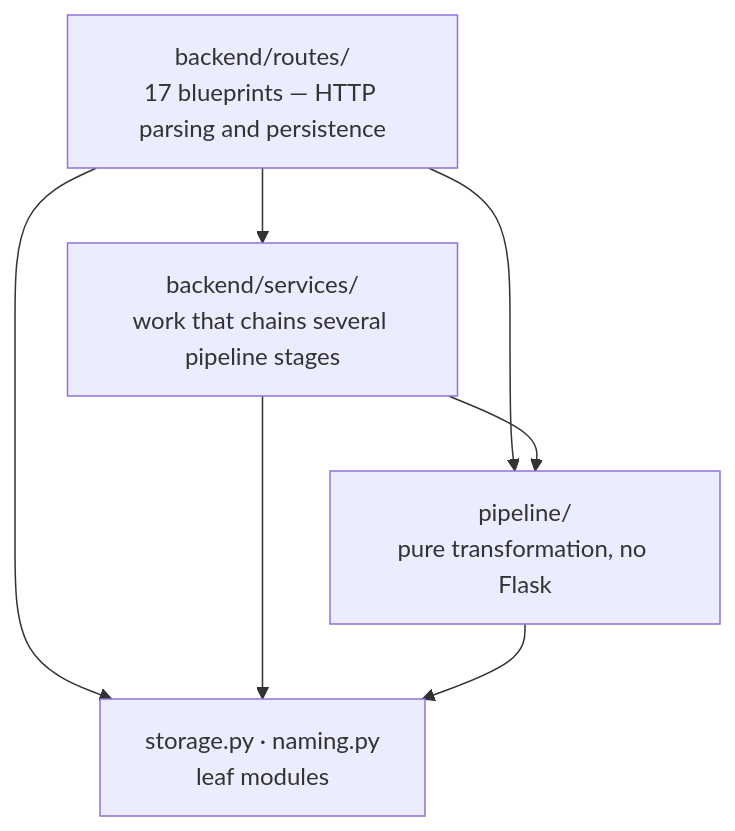
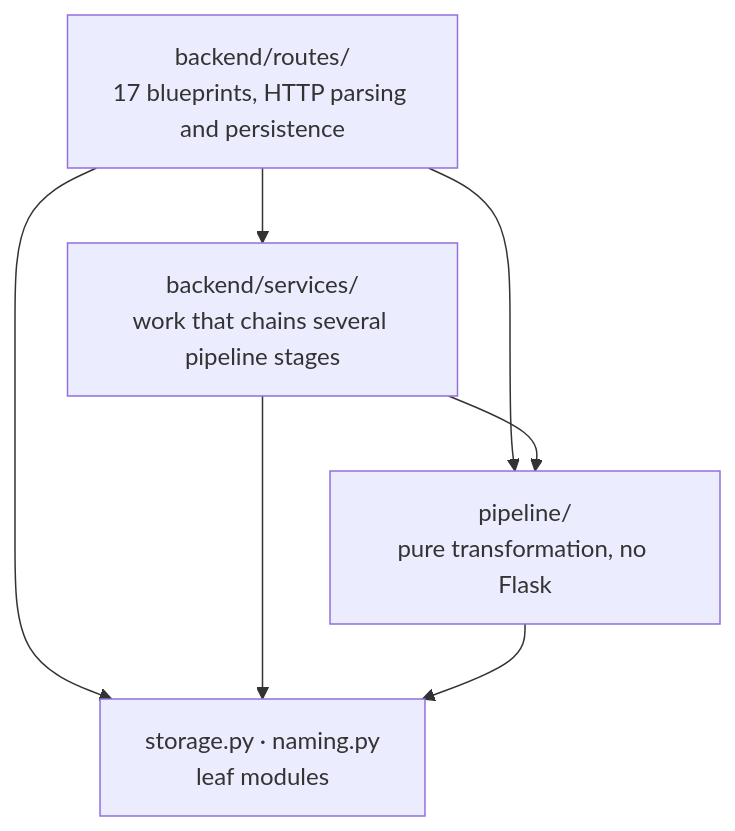
The diagram in docs/architecture/code-review.md (jennarbates/StratigraphyGenerator), drawn with Mermaid before and after one commit. The commit also changed other lines of this file and 309 other files, not shown here.

````diff
--- a/docs/architecture/code-review.md
+++ b/docs/architecture/code-review.md
@@ -31,13 +31,13 @@
 ```mermaid
 flowchart TB
-  Routes["backend/routes/<br/>17 blueprints — HTTP parsing and persistence"]
+  Routes["backend/routes/<br/>17 blueprints, HTTP parsing and persistence"]
   Services["backend/services/<br/>work that chains several pipeline stages"]
   Pipeline["pipeline/<br/>pure transformation, no Flask"]
   Storage["storage.py · naming.py<br/>leaf modules"]
   Routes --> Services
   Routes --> Pipeline
   Services --> Pipeline
   Routes --> Storage
   Services --> Storage
   Pipeline --> Storage
 ```
````
